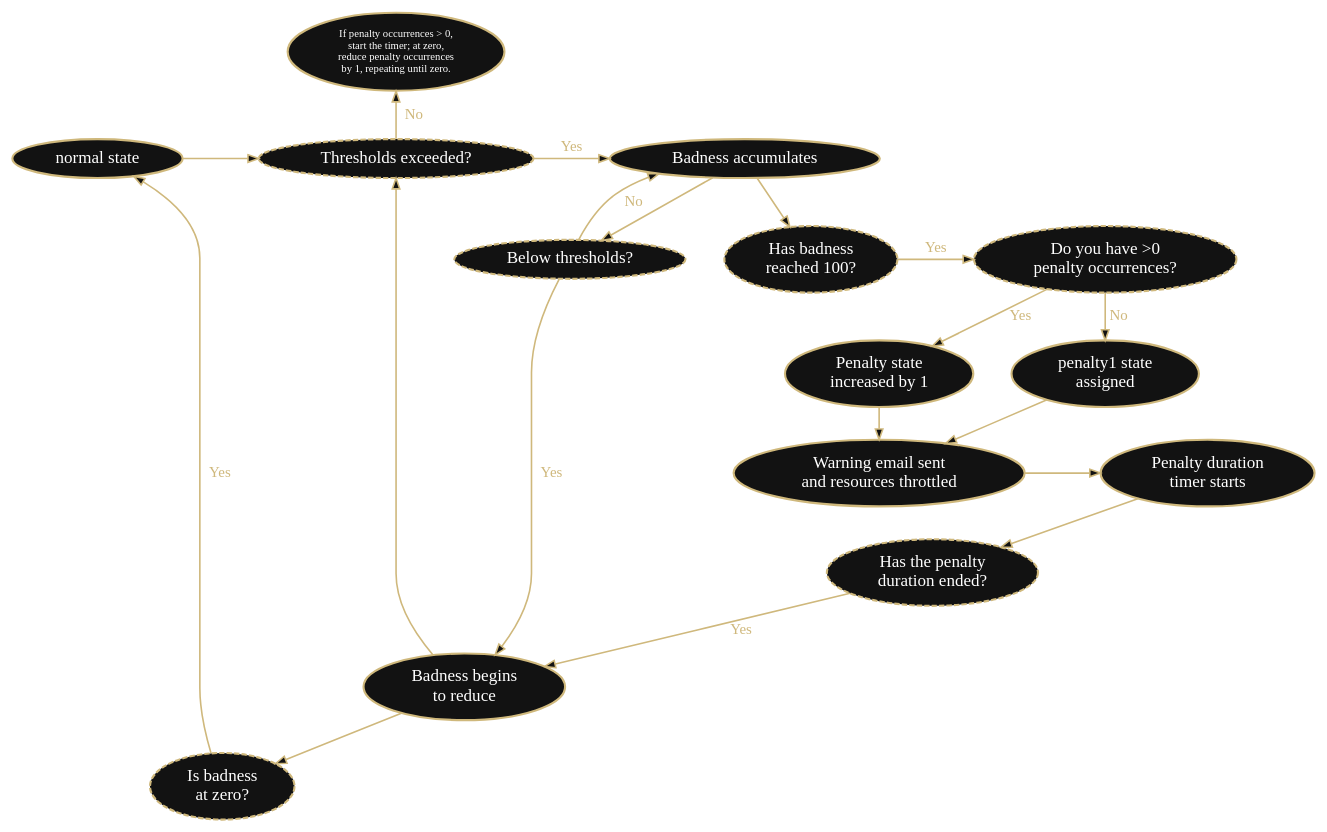
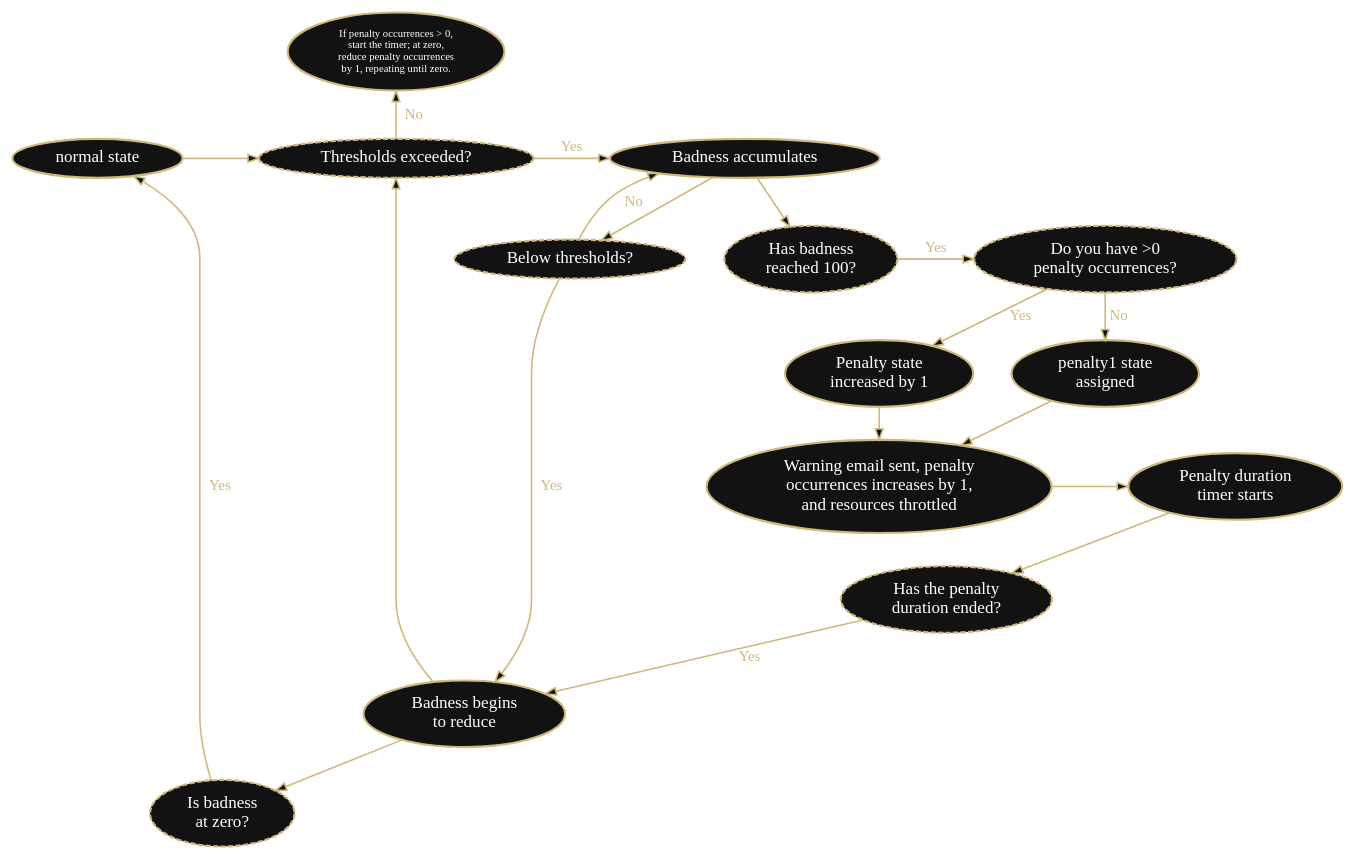
Before and after one commit to ResearchComputing/Documentation: the diagram in graphviz_flowcharts/dot_files/arbiter_flowchart.dot, drawn with Graphviz. The commit also changed 1 other file, not shown here.

Commit message:
add penalty occurances increase to arbiter flow chart

```diff
--- a/graphviz_flowcharts/dot_files/arbiter_flowchart.dot
+++ b/graphviz_flowcharts/dot_files/arbiter_flowchart.dot
@@ -1,77 +1,77 @@
 digraph "" {
     bgcolor="transparent";
     graph [id="doc-flowchart", rankdir=TB, nodesep=0.5, ranksep=0.4, bgcolor="none"];
 
     // Node Styling
     node [fontname="Verdana", fontsize="16", color="#CFB87C", style="filled", fillcolor="#121212", penwidth="2", fontcolor="white", shape=ellipse];
     edge [color="#CFB87C", fillcolor="#121212", penwidth="1.5", fontsize="14", fontcolor="#CFB87C"];
 
     // --- ROW 0: The solitary top node ---
     { rank=source; DoSomething; }
 
     // --- ROW 1: The Start ---
     { rank=same; NS; Exceed; Badness; }
 
     // --- ROW 4: Logic Gates ---
     { rank=same; TooBad; BehFix; Track; }
 
     // --- ROW 5: Branching Outcomes ---
     { rank=same; Penalty1; NextPen; }
 
     // --- ROW 6: Post-Penalty Actions ---
     { rank=same; SentEmail; DurationTimer; }
     { rank=same; DurationEnded; }
 
     // --- ROW 7: State Management ---
     { rank=same; BadnessFed; }
 
     // --- ROW 8: Final Check ---
     { rank=same; BadAtZero; }
 
     // Nodes
     NS [label="normal state"]
     Exceed [label="Thresholds exceeded?", style="filled,dashed"]
     DoSomething [label="If penalty occurrences > 0,\nstart the timer; at zero,\nreduce penalty occurrences\nby 1, repeating until zero.", fontsize="10"]
     Badness [label="Badness accumulates"]
     BehFix [label="Below thresholds?", style="filled,dashed"]
     TooBad [label="Has badness\nreached 100?", style="filled,dashed"]
     Track [label="Do you have >0\npenalty occurrences?", style="filled,dashed"]
     Penalty1 [label="penalty1 state\nassigned"]
     NextPen [label="Penalty state\nincreased by 1"]
-    SentEmail [label="Warning email sent\nand resources throttled"]
+    SentEmail [label="Warning email sent, penalty\noccurrences increases by 1,\nand resources throttled"]
     DurationTimer [label="Penalty duration\ntimer starts"]
     DurationEnded [label="Has the penalty\nduration ended?", style="filled,dashed"]
     BadnessFed [label="Badness begins\nto reduce"]
     BadAtZero [label="Is badness\nat zero?", style="filled,dashed"]
 
     // Flow Logic
     NS -> Exceed
     
     // Use constraint=false to point UP to the top row without pulling the chart apart
     Exceed -> DoSomething [label="  No"]
     Exceed -> Badness [label="Yes"]
 
     Badness -> BehFix
     Badness -> TooBad
     
     BehFix  -> Badness [label="  No"]
     BehFix  -> BadnessFed [label="  Yes"]
     TooBad -> Track [label="Yes", constraint=false]
     
     Track -> Penalty1 [label=" No"]
     Track -> NextPen [label=" Yes"]
     
     Penalty1 -> SentEmail
     NextPen -> SentEmail
     
     SentEmail -> DurationTimer [constraint=false]
     DurationTimer -> DurationEnded
     
     DurationEnded -> BadnessFed [label=" Yes"]
     
     BadnessFed -> BadAtZero
     BadnessFed -> Exceed
     
     // Loop back to start
     BadAtZero -> NS [label="  Yes"]
 }
```
